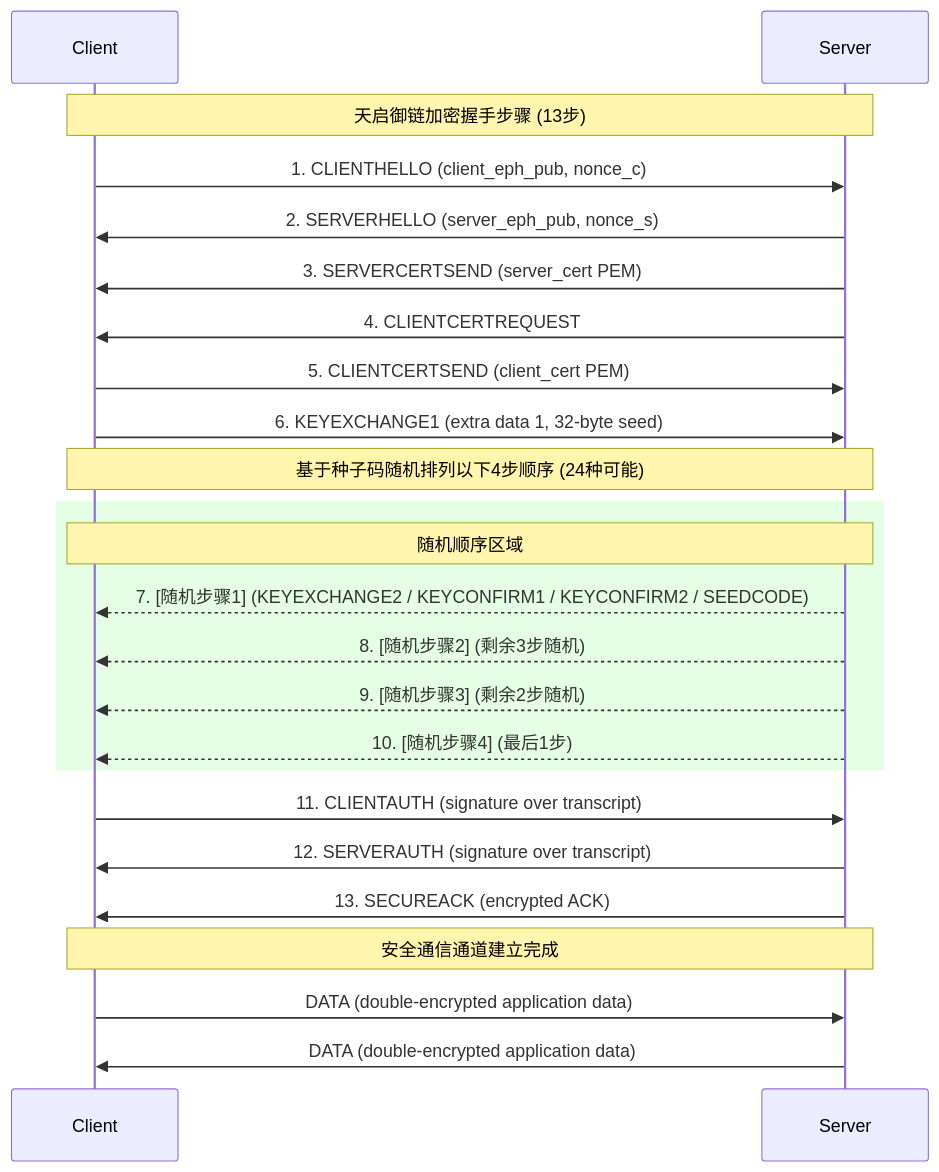
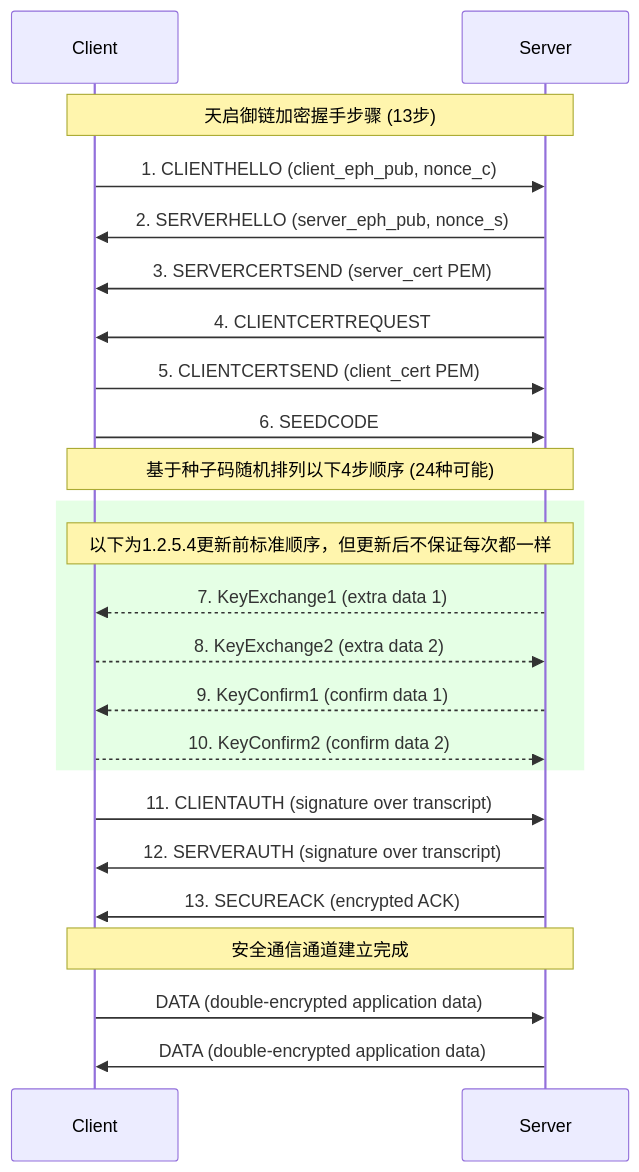
The diagram in README.md (XDDXMT/Sovereign-Chain), drawn with Mermaid before and after one commit. The commit also changed 1 other file, not shown here.

Commit message:
种子码使用更新，随机握手（1.2.5.4）

````diff
--- a/README.md
+++ b/README.md
@@ -131,29 +131,29 @@
 ```mermaid
 sequenceDiagram
     participant Client
     participant Server
 
     Note over Client, Server: 天启御链加密握手步骤 (13步)
 
     Client->>Server: 1. CLIENTHELLO (client_eph_pub, nonce_c)
     Server->>Client: 2. SERVERHELLO (server_eph_pub, nonce_s)
     Server->>Client: 3. SERVERCERTSEND (server_cert PEM)
     Server->>Client: 4. CLIENTCERTREQUEST
     Client->>Server: 5. CLIENTCERTSEND (client_cert PEM)
-    Client->>Server: 6. KEYEXCHANGE1 (extra data 1, 32-byte seed)
+    Client->>Server: 6. SEEDCODE 
     Note over Client, Server: 基于种子码随机排列以下4步顺序 (24种可能)
     rect rgba(0, 255, 0, 0.1)
-        Note over Client, Server: 随机顺序区域
-        Server-->>Client: 7. [随机步骤1] (KEYEXCHANGE2 / KEYCONFIRM1 / KEYCONFIRM2 / SEEDCODE)
-        Server-->>Client: 8. [随机步骤2] (剩余3步随机)
-        Server-->>Client: 9. [随机步骤3] (剩余2步随机)
-        Server-->>Client: 10. [随机步骤4] (最后1步)
+        Note over Client, Server: 以下为1.2.5.4更新前标准顺序，但更新后不保证每次都一样
+        Server-->>Client: 7. KeyExchange1 (extra data 1)
+        Client-->>Server: 8. KeyExchange2 (extra data 2)
+        Server-->>Client: 9. KeyConfirm1 (confirm data 1)
+        Client-->>Server: 10. KeyConfirm2 (confirm data 2)
     end
     Client->>Server: 11. CLIENTAUTH (signature over transcript)
     Server->>Client: 12. SERVERAUTH (signature over transcript)
     Server->>Client: 13. SECUREACK (encrypted ACK)
 
     Note over Client, Server: 安全通信通道建立完成
     Client->>Server: DATA (double-encrypted application data)
     Server->>Client: DATA (double-encrypted application data)
 ```
````
